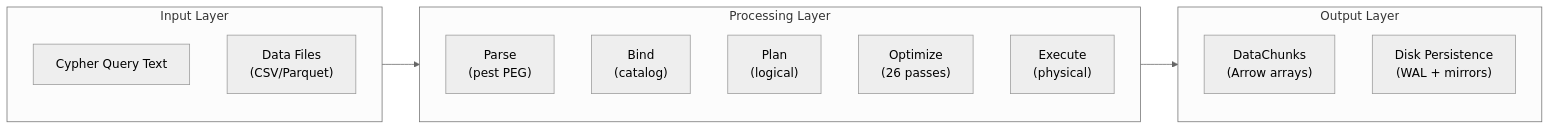
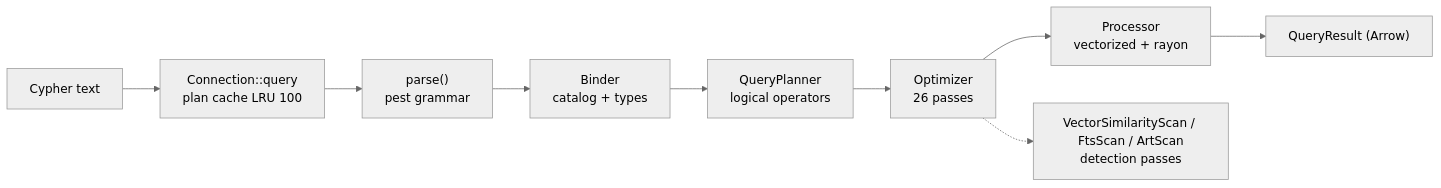
One commit to mlengse/akar changed the first of 2 diagrams in .terrain/human/3.Workflows.md. Above: the diagram before and after it, drawn with Mermaid (neutral theme). The commit also changed other lines of this file and 51 other files, not shown here.

````diff
--- a/.terrain/human/3.Workflows.md
+++ b/.terrain/human/3.Workflows.md
@@ -13,19 +17,11 @@
 ```mermaid
 flowchart LR
-    subgraph Input["Input Layer"]
-        A["Cypher Query Text"]
-        B["Data Files<br/>(CSV/Parquet)"]
-    end
-    subgraph Processing["Processing Layer"]
-        C["Parse<br/>(pest PEG)"]
-        D["Bind<br/>(catalog)"]
-        E["Plan<br/>(logical)"]
-        F["Optimize<br/>(26 passes)"]
-        G["Execute<br/>(physical)"]
-    end
-    subgraph Output["Output Layer"]
-        H["DataChunks<br/>(Arrow arrays)"]
-        I["Disk Persistence<br/>(WAL + mirrors)"]
-    end
-    Input --> Processing --> Output
+    A["Cypher text"] --> B["Connection::query<br/>plan cache LRU 100"]
+    B --> C["parse()<br/>pest grammar"]
+    C --> D["Binder<br/>catalog + types"]
+    D --> E["QueryPlanner<br/>logical operators"]
+    E --> F["Optimizer<br/>26 passes"]
+    F --> G["Processor<br/>vectorized + rayon"]
+    G --> H["QueryResult (Arrow)"]
+    F -.-> I["VectorSimilarityScan / FtsScan / ArtScan<br/>detection passes"]
 ```
````
